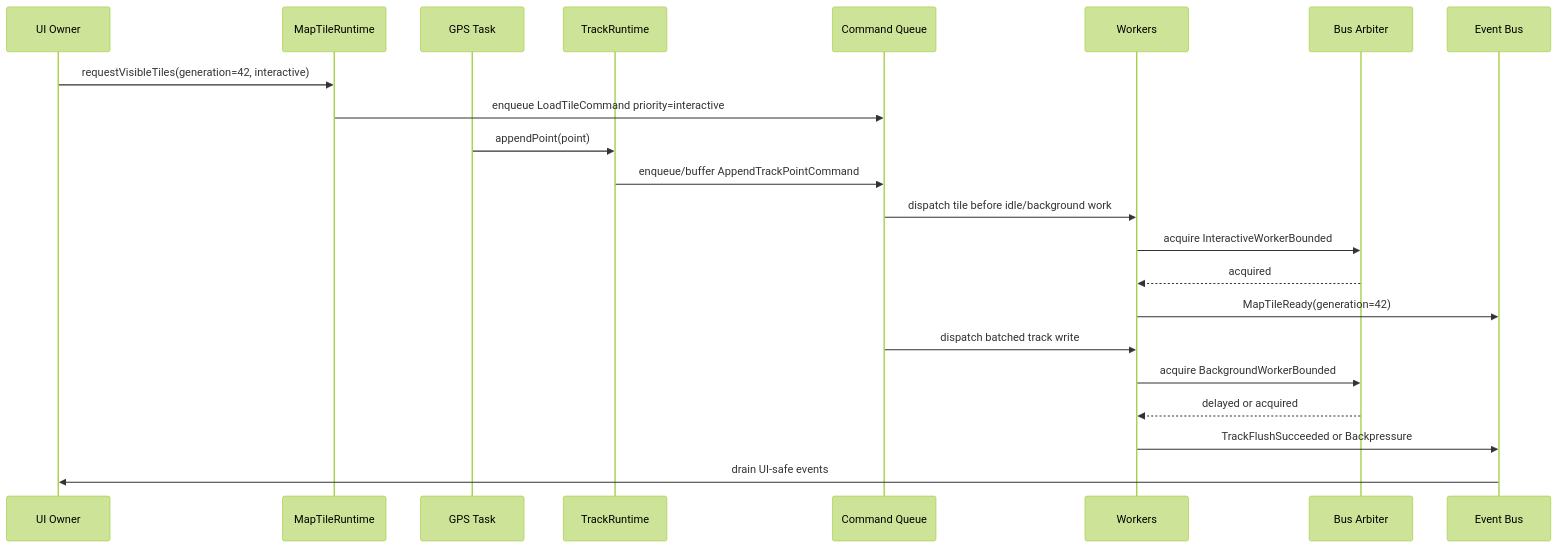
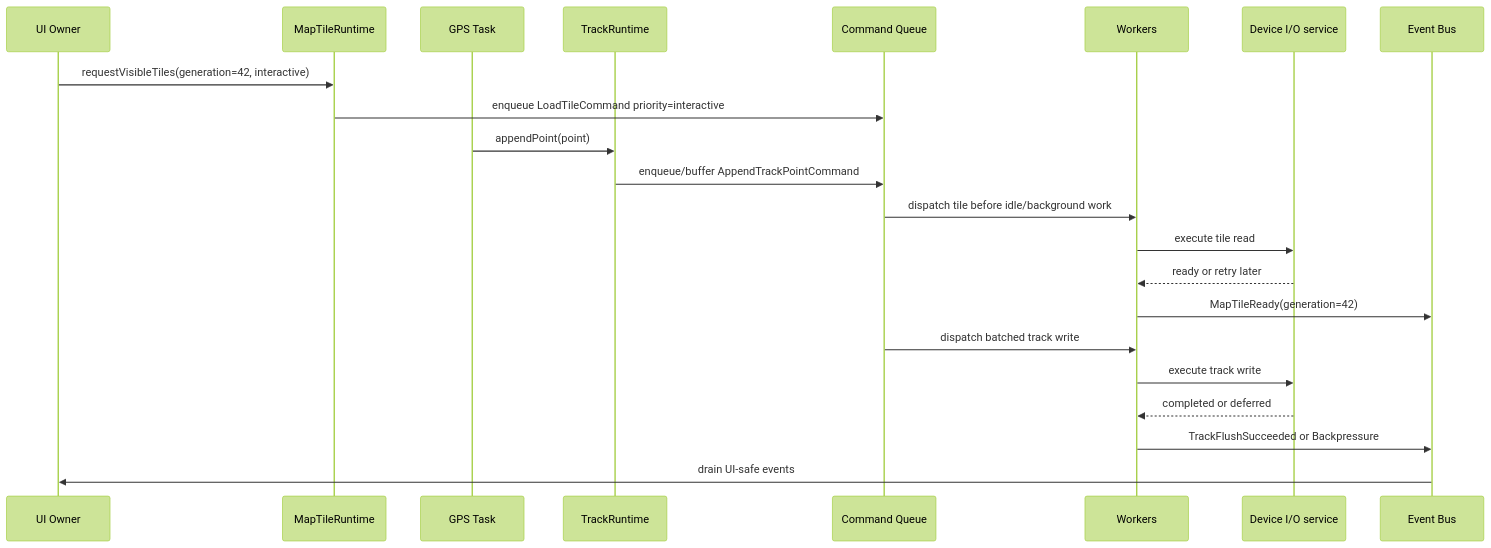
One commit to manmuqingshan/trail-mate changed diagram 16 of 23 in docs/specification/UI_STORAGE_EVENT_RUNTIME_DESIGN_SPEC.md. Above: the diagram before and after it, drawn with Mermaid (forest theme). The commit also changed other lines of this file and 95 other files, not shown here.

````diff
--- a/docs/specification/UI_STORAGE_EVENT_RUNTIME_DESIGN_SPEC.md
+++ b/docs/specification/UI_STORAGE_EVENT_RUNTIME_DESIGN_SPEC.md
@@ -1533,25 +998,25 @@
 ```mermaid
 sequenceDiagram
   participant UI as UI Owner
   participant Map as MapTileRuntime
   participant GPS as GPS Task
   participant Track as TrackRuntime
   participant Queue as Command Queue
   participant Worker as Workers
-  participant Bus as Bus Arbiter
+  participant DeviceIo as Device I/O service
   participant Events as Event Bus
 
   UI->>Map: requestVisibleTiles(generation=42, interactive)
   Map->>Queue: enqueue LoadTileCommand priority=interactive
   GPS->>Track: appendPoint(point)
   Track->>Queue: enqueue/buffer AppendTrackPointCommand
   Queue->>Worker: dispatch tile before idle/background work
-  Worker->>Bus: acquire InteractiveWorkerBounded
-  Bus-->>Worker: acquired
+  Worker->>DeviceIo: execute tile read
+  DeviceIo-->>Worker: ready or retry later
   Worker->>Events: MapTileReady(generation=42)
   Queue->>Worker: dispatch batched track write
-  Worker->>Bus: acquire BackgroundWorkerBounded
-  Bus-->>Worker: delayed or acquired
+  Worker->>DeviceIo: execute track write
+  DeviceIo-->>Worker: completed or deferred
   Worker->>Events: TrackFlushSucceeded or Backpressure
   Events->>UI: drain UI-safe events
 ```
````
